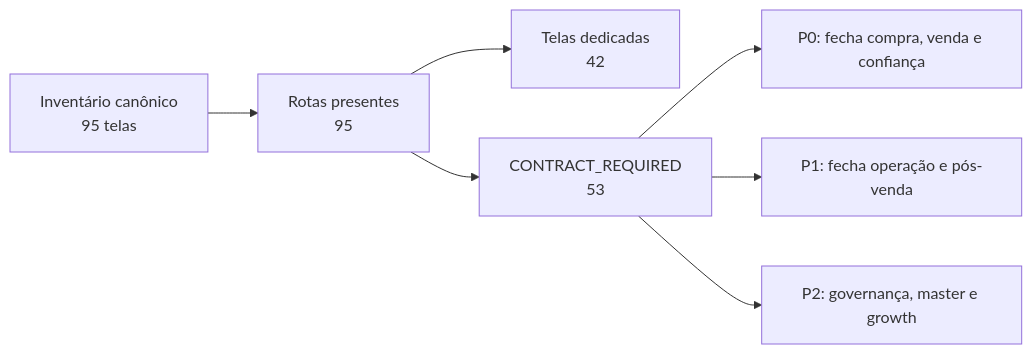
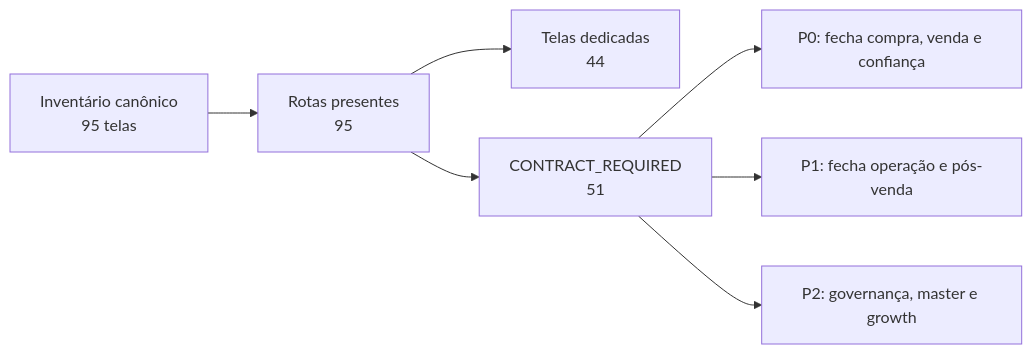
The first of 2 diagrams in docs/coordenacao/RELATORIO-TELAS-FALTANTES-2026-08-25.md (ehrodan/MARKEPLACE), drawn with Mermaid before and after one commit. The commit also changed other lines of this file and 109 other files, not shown here.

````diff
--- a/docs/coordenacao/RELATORIO-TELAS-FALTANTES-2026-08-25.md
+++ b/docs/coordenacao/RELATORIO-TELAS-FALTANTES-2026-08-25.md
@@ -18,9 +18,9 @@
 ```mermaid
 flowchart LR
   A[Inventário canônico<br/>95 telas] --> B[Rotas presentes<br/>95]
-  B --> C[Telas dedicadas<br/>42]
-  B --> D[CONTRACT_REQUIRED<br/>53]
+  B --> C[Telas dedicadas<br/>44]
+  B --> D[CONTRACT_REQUIRED<br/>51]
   D --> P0[P0: fecha compra, venda e confiança]
   D --> P1[P1: fecha operação e pós-venda]
   D --> P2[P2: governança, master e growth]
 ```
````
